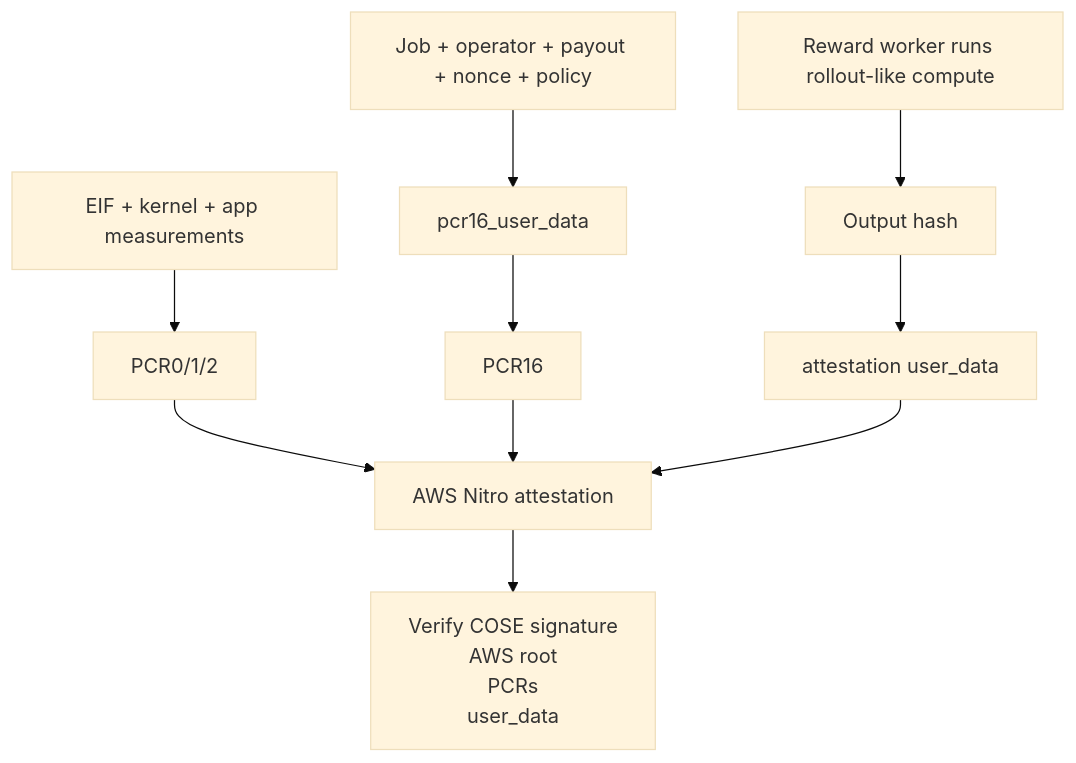
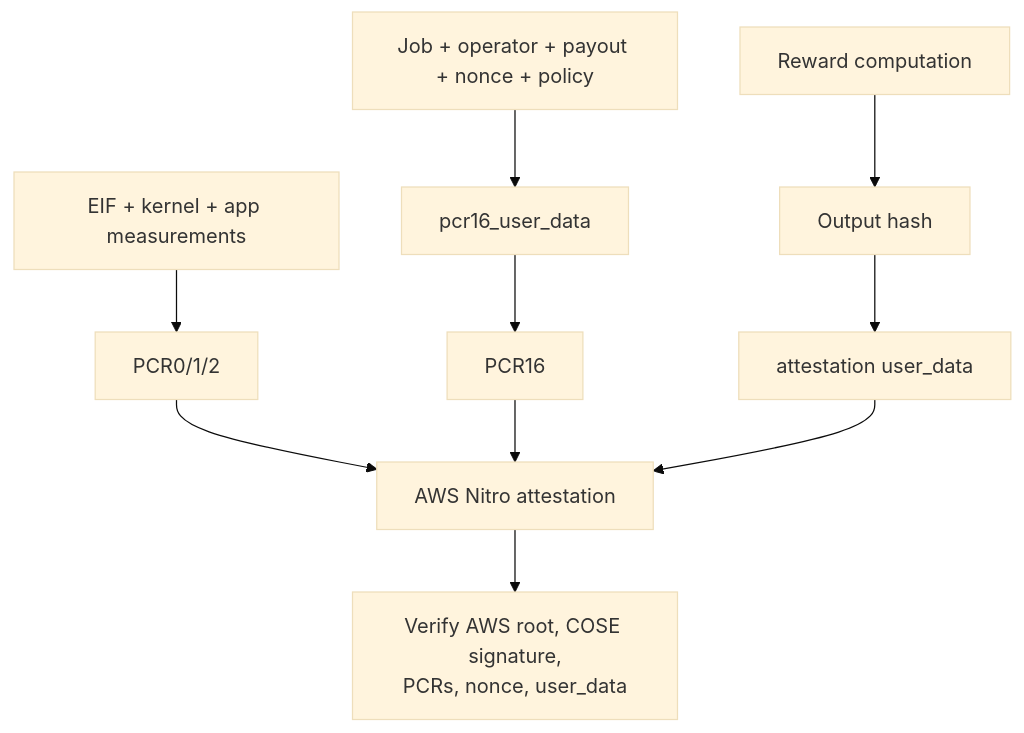
One commit to arakoodev/SolRL changed the seventh of 13 diagrams in why.md. Above: the diagram before and after it, drawn with Mermaid (base theme). The commit also changed other lines of this file, not shown here.

````diff
--- a/why.md
+++ b/why.md
@@ -170,12 +180,12 @@
 ```mermaid
 flowchart TB
-    Rollout["Reward worker runs rollout-like compute"] --> Output["Output hash"]
+    Work["Reward computation"] --> Output["Output hash"]
     Context["Job + operator + payout + nonce + policy"] --> PCR16Input["pcr16_user_data"]
     PCR16Input --> PCR16["PCR16"]
     Output --> UserData["attestation user_data"]
     Image["EIF + kernel + app measurements"] --> PCR012["PCR0/1/2"]
     PCR012 --> Attestation["AWS Nitro attestation"]
     PCR16 --> Attestation
     UserData --> Attestation
-    Attestation --> Verify["Verify COSE signature<br/>AWS root<br/>PCRs<br/>user_data"]
+    Attestation --> Verify["Verify AWS root, COSE signature,<br/>PCRs, nonce, user_data"]
 ```
````
